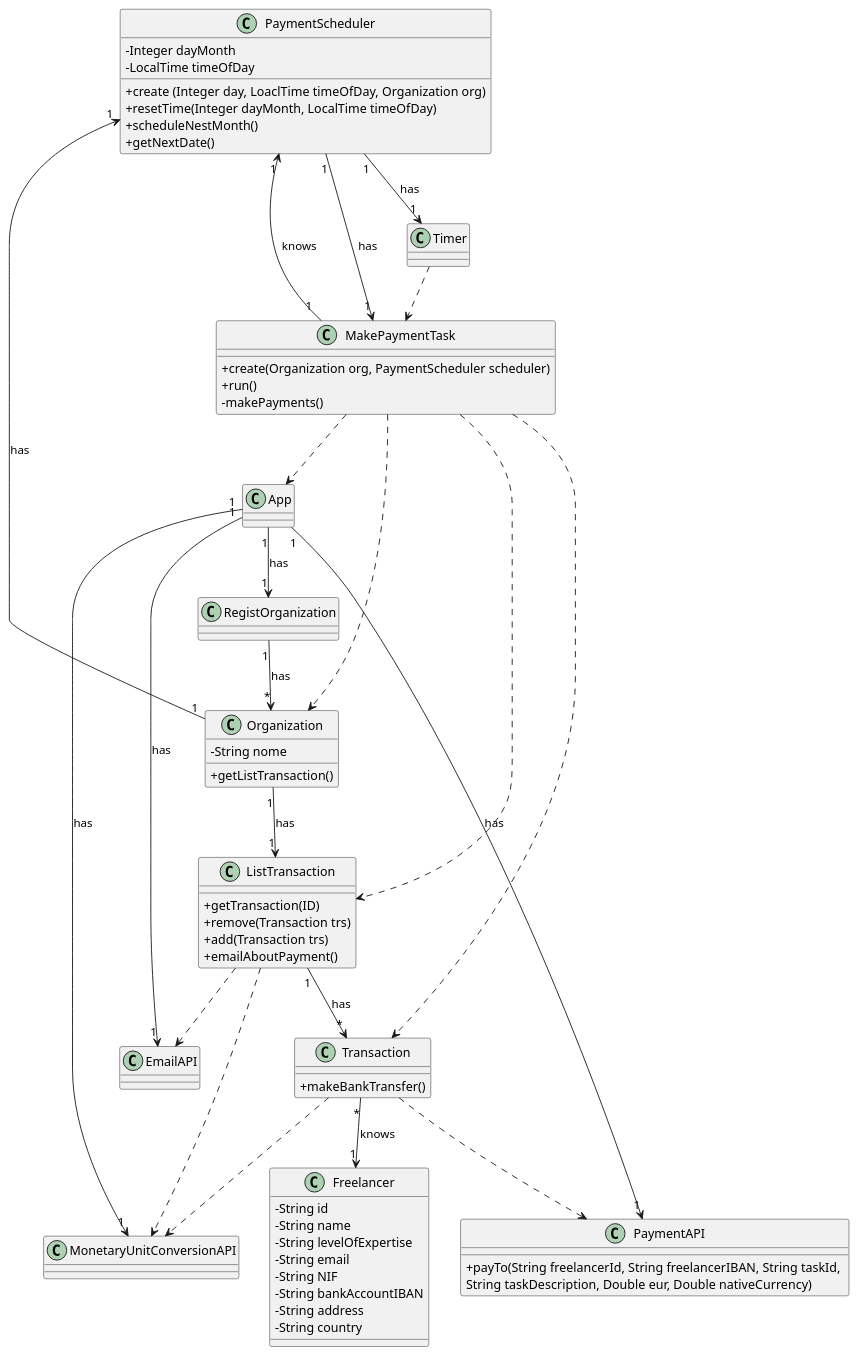
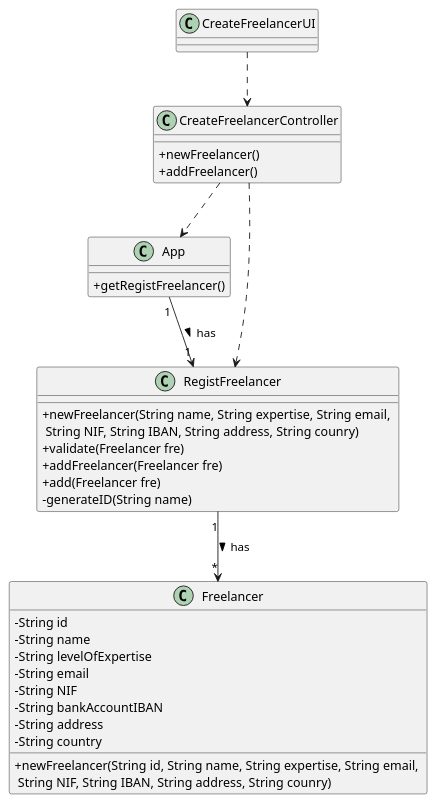
Before and after one commit to botelho-io/lapr2-2020-g029: the diagram in docs/UC_03/CD.puml, drawn with PlantUML. The commit also changed 8 other files, not shown here.

```diff
--- a/docs/UC_03/CD.puml
+++ b/docs/UC_03/CD.puml
@@ -1,82 +1,45 @@
 @startuml CD
 skinparam classAttributeIconSize 0
 top to bottom direction
 
-class PaymentScheduler {
-        - Integer dayMonth
-        - LocalTime timeOfDay
-        + create (Integer day, LoaclTime timeOfDay, Organization org)
-        + resetTime(Integer dayMonth, LocalTime timeOfDay)
-        + scheduleNestMonth()
-        + getNextDate()
-}
-
-class MakePaymentTask {
-        + create(Organization org, PaymentScheduler scheduler)
-        + run()
-        - makePayments()
-}
-
-class PaymentAPI {
-        + payTo(String freelancerId, String freelancerIBAN, String taskId, \nString taskDescription, Double eur, Double nativeCurrency)
-}
-
-class EmailAPI {
+class CreateFreelancerUI {
 
 }
 
-class MonetaryUnitConversionAPI {
-
+class CreateFreelancerController {
+        + newFreelancer()
+        + addFreelancer()
 }
 
-class Organization {
-        - String nome
-        + getListTransaction()
+class App {
+        + getRegistFreelancer()
 }
 
-class ListTransaction {
-        + getTransaction(ID)
-        + remove(Transaction trs)
-        + add(Transaction trs)
-        + emailAboutPayment()
-}
-
-class Transaction {
-        + makeBankTransfer()
+class RegistFreelancer {
+        + newFreelancer(String name, String expertise, String email, \n String NIF, String IBAN, String address, String counry)
+        + validate(Freelancer fre)
+        + addFreelancer(Freelancer fre)
+        + add(Freelancer fre)
+        - generateID(String name)
 }
 
 class Freelancer {
         - String id
         - String name
         - String levelOfExpertise
         - String email
         - String NIF
         - String bankAccountIBAN
         - String address
         - String country
+
+        + newFreelancer(String id, String name, String expertise, String email, \n String NIF, String IBAN, String address, String counry)
 }
 
-
-App                          "1" --> "1"      EmailAPI                  : has
-App                          "1" --> "1"      PaymentAPI                : has
-App                          "1" --> "1"      RegistOrganization        : has
-App                          "1" --> "1"      MonetaryUnitConversionAPI : has
-Timer                            ..>          MakePaymentTask
-Transaction                      ..>          PaymentAPI
-Transaction                  "*" --> "1"      Freelancer                : knows
-Transaction                      ..>          MonetaryUnitConversionAPI
-Organization                 "1" --> "1"      ListTransaction           : has
-Organization                 "1" --> "1"      PaymentScheduler          : has
-MakePaymentTask                  ..>          App
-MakePaymentTask                  ..>          Organization
-MakePaymentTask                  ..>          ListTransaction
-MakePaymentTask                  ..>          Transaction
-MakePaymentTask              "1" --> "1"      PaymentScheduler          : knows
-ListTransaction                  ..>          EmailAPI
-ListTransaction              "1" --> "*"      Transaction               : has
-ListTransaction                  ..>          MonetaryUnitConversionAPI
-PaymentScheduler             "1" --> "1"      Timer                     : has
-PaymentScheduler             "1" --> "1"      MakePaymentTask           : has
-RegistOrganization           "1" --> "*"      Organization              : has
+CreateFreelancerUI               ..>          CreateFreelancerController
+CreateFreelancerController       ..>          App
+CreateFreelancerController       ..>          RegistFreelancer
+App                          "1" --> "1"      RegistFreelancer          : has >
+RegistFreelancer             "1" --> "*"      Freelancer                : has >
 
 @enduml
```
